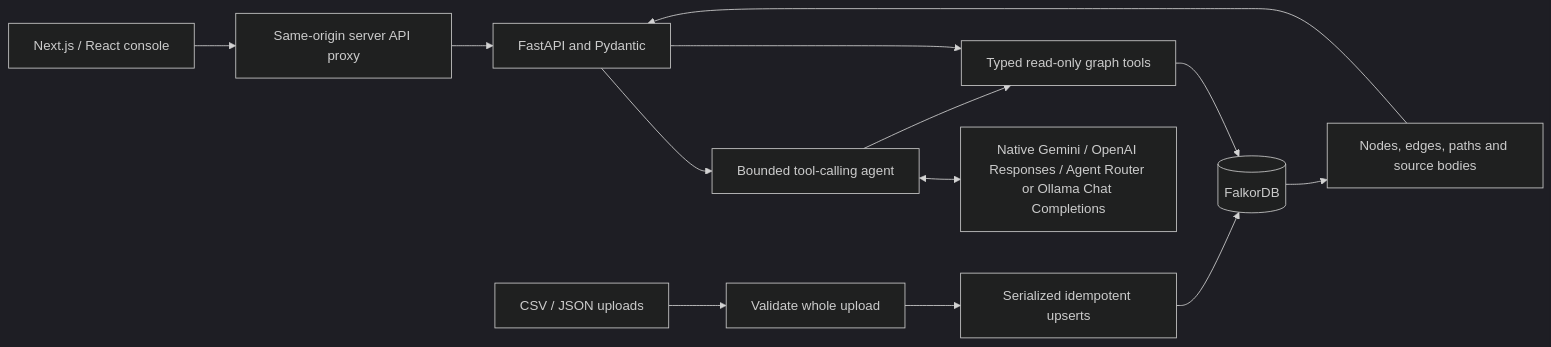
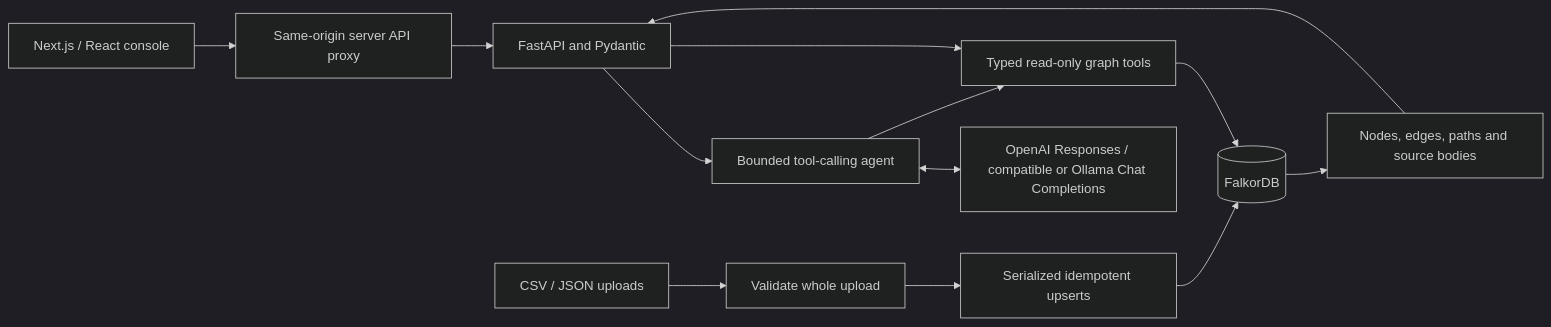
Before and after one commit to krshn0x/KnowGraph-AI-Standalone: the diagram in docs/architecture.md, drawn with Mermaid (dark theme). The commit also changed other lines of this file and 11 other files, not shown here.

````diff
--- a/docs/architecture.md
+++ b/docs/architecture.md
@@ -3,15 +3,15 @@
 ```mermaid
 flowchart LR
     UI[Next.js / React console] --> Proxy[Same-origin server API proxy]
     Proxy --> API[FastAPI and Pydantic]
     API --> Agent[Bounded tool-calling agent]
-    Agent <--> LLM[Native Gemini / OpenAI Responses / Agent Router or Ollama Chat Completions]
+    Agent <--> LLM[OpenAI Responses / compatible or Ollama Chat Completions]
     Agent --> Tools[Typed read-only graph tools]
     API --> Tools
     Tools --> DB[(FalkorDB)]
     Upload[CSV / JSON uploads] --> Validate[Validate whole upload]
     Validate --> Lock[Serialized idempotent upserts]
     Lock --> DB
     DB --> Evidence[Nodes, edges, paths and source bodies]
     Evidence --> API
 ```
````
